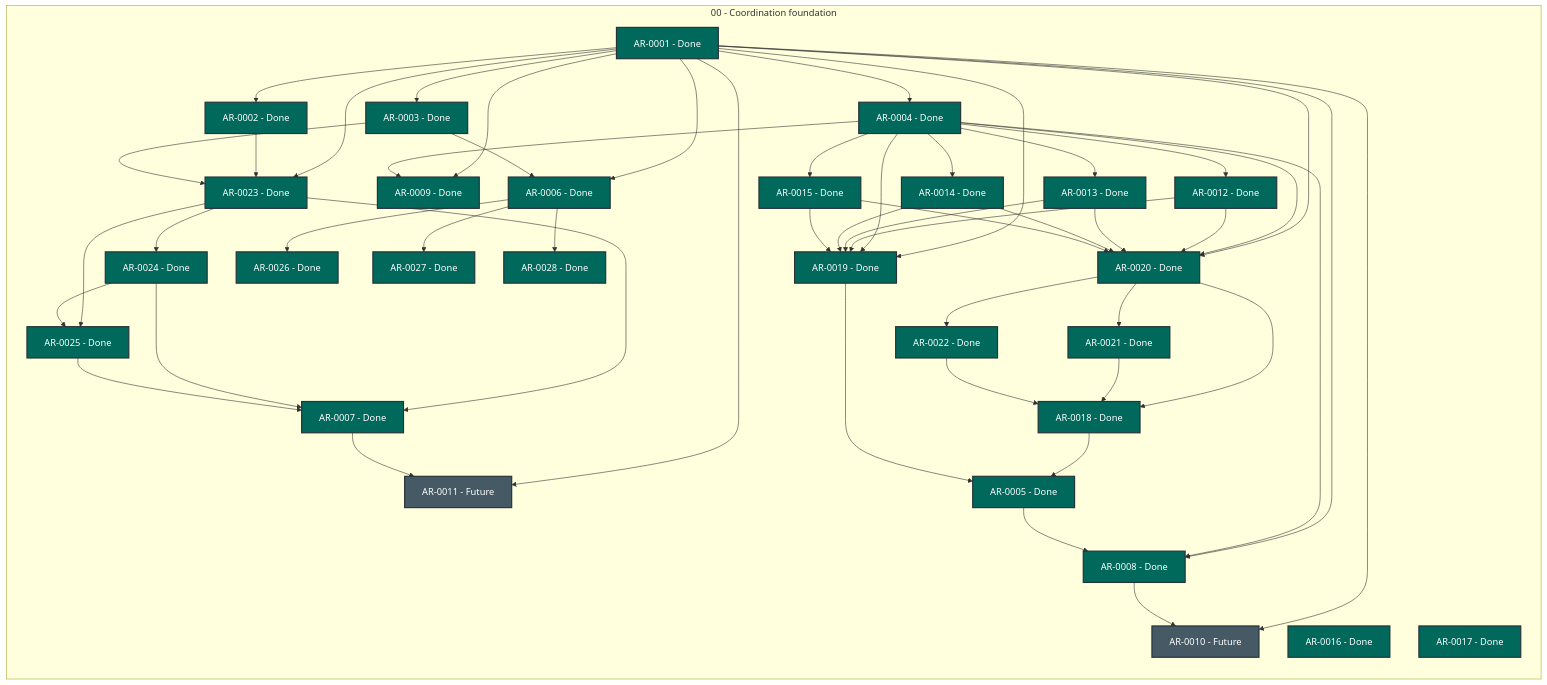
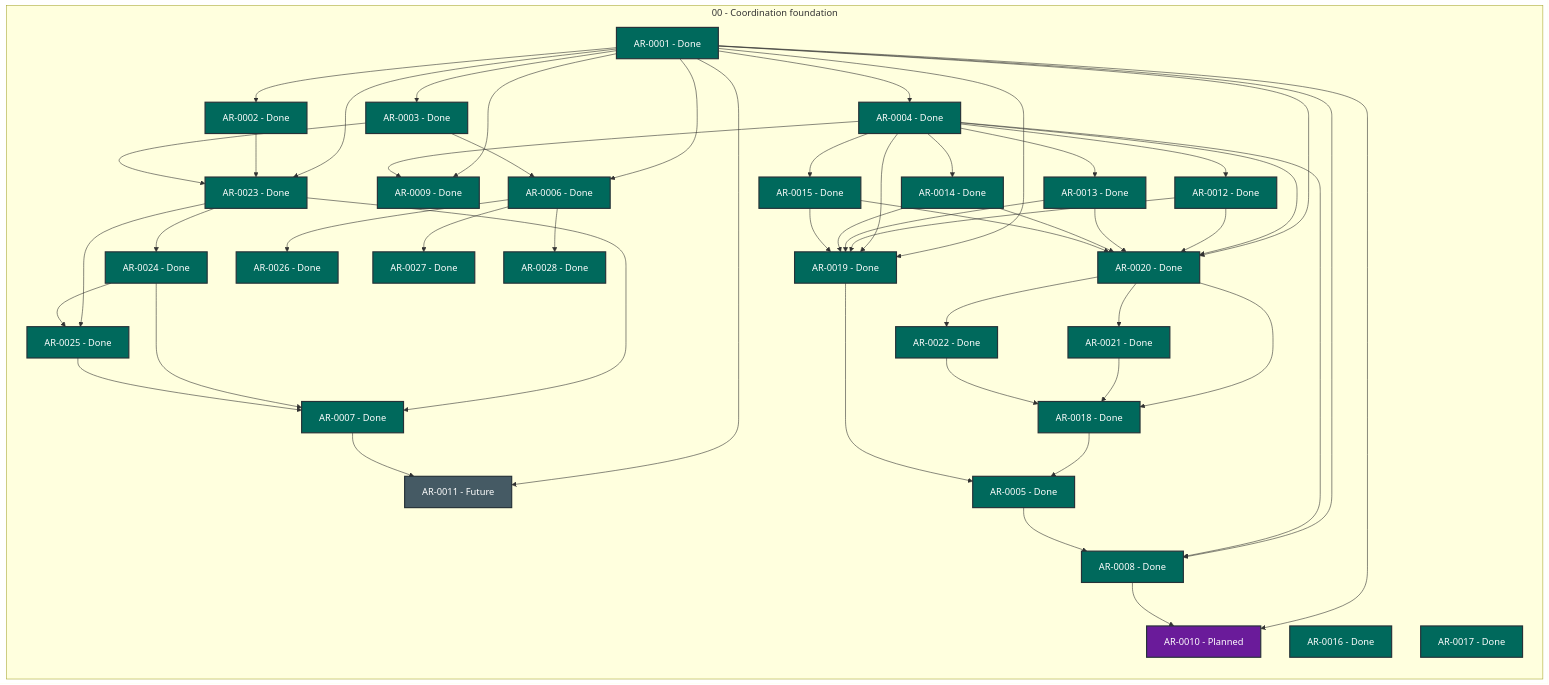
One commit to martin-beck/agent-workflow-quality-state changed the diagram in STATUS.md. Above: the diagram before and after it, drawn with Mermaid. The commit also changed other lines of this file and 2 other files, not shown here.

```diff
--- a/STATUS.md
+++ b/STATUS.md
@@ -37,7 +37,7 @@
         AR_0007["AR-0007 - Done"]:::status_done
         AR_0008["AR-0008 - Done"]:::status_done
         AR_0009["AR-0009 - Done"]:::status_done
-        AR_0010["AR-0010 - Future"]:::status_future
+        AR_0010["AR-0010 - Planned"]:::status_planned
         AR_0011["AR-0011 - Future"]:::status_future
         AR_0012["AR-0012 - Done"]:::status_done
         AR_0013["AR-0013 - Done"]:::status_done
```
